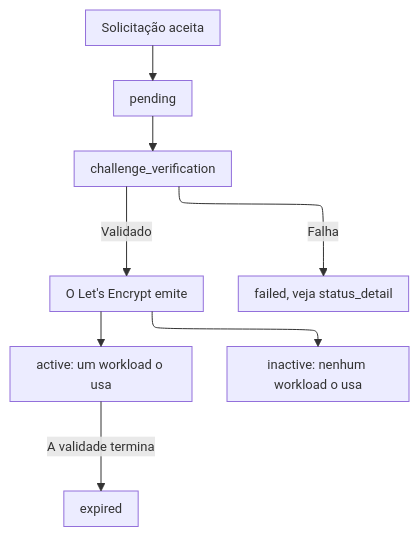
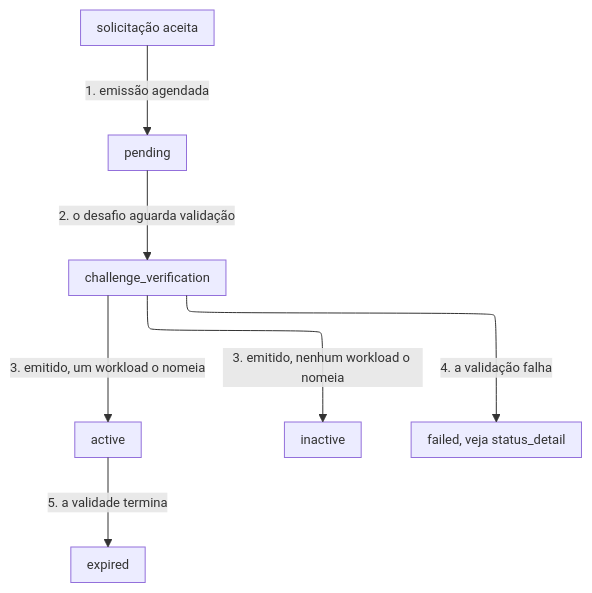
One commit to aziontech/docs changed the second of 2 diagrams in apps/docs/src/content/docs/pt-br/pages/secure/certificate-manager/emissao-e-renovacao.mdx. Above: the diagram before and after it, drawn with Mermaid. The commit also changed other lines of this file and 7 other files, not shown here.

````diff
--- a/apps/docs/src/content/docs/pt-br/pages/secure/certificate-manager/emissao-e-renovacao.mdx
+++ b/apps/docs/src/content/docs/pt-br/pages/secure/certificate-manager/emissao-e-renovacao.mdx
@@ -80,11 +108,17 @@
 ```mermaid
-%%{init: {"layout": "elk", "themeVariables": {"fontSize": "13px"}, "flowchart": {"nodeSpacing": 24, "rankSpacing": 36, "padding": 8, "wrappingWidth": 150, "useMaxWidth": true}, "sequence": {"width": 120, "actorMargin": 30, "useMaxWidth": true}}}%%
+%%{init: {"layout": "elk", "elk": {"preset": "modelOrder", "keepEntryNodeOnTop": true}, "themeVariables": {"fontSize": "13px"}, "flowchart": {"nodeSpacing": 24, "rankSpacing": 36, "padding": 8, "wrappingWidth": 150, "useMaxWidth": true}, "sequence": {"width": 120, "actorMargin": 30, "useMaxWidth": true}}}%%
 flowchart TD
-  Req["Solicitação aceita"] --> Pending["pending"]
-  Pending --> Challenge["challenge_verification"]
-  Challenge -->|"Validado"| Issued["O Let's Encrypt emite"]
-  Challenge -->|"Falha"| Failed["failed, veja status_detail"]
-  Issued --> Active["active: um workload o usa"]
-  Issued --> Inactive["inactive: nenhum workload o usa"]
-  Active -->|"A validade termina"| Expired["expired"]
+  Req["solicitação aceita"]
+  Pending["pending"]
+  Challenge["challenge_verification"]
+  Active["active"]
+  Inactive["inactive"]
+  Failed["failed, veja status_detail"]
+  Expired["expired"]
+  Req -->|"1. emissão agendada"| Pending
+  Pending -->|"2. o desafio aguarda validação"| Challenge
+  Challenge -->|"3. emitido, um workload o nomeia"| Active
+  Challenge -->|"3. emitido, nenhum workload o nomeia"| Inactive
+  Challenge -->|"4. a validação falha"| Failed
+  Active -->|"5. a validade termina"| Expired
 ```
````
